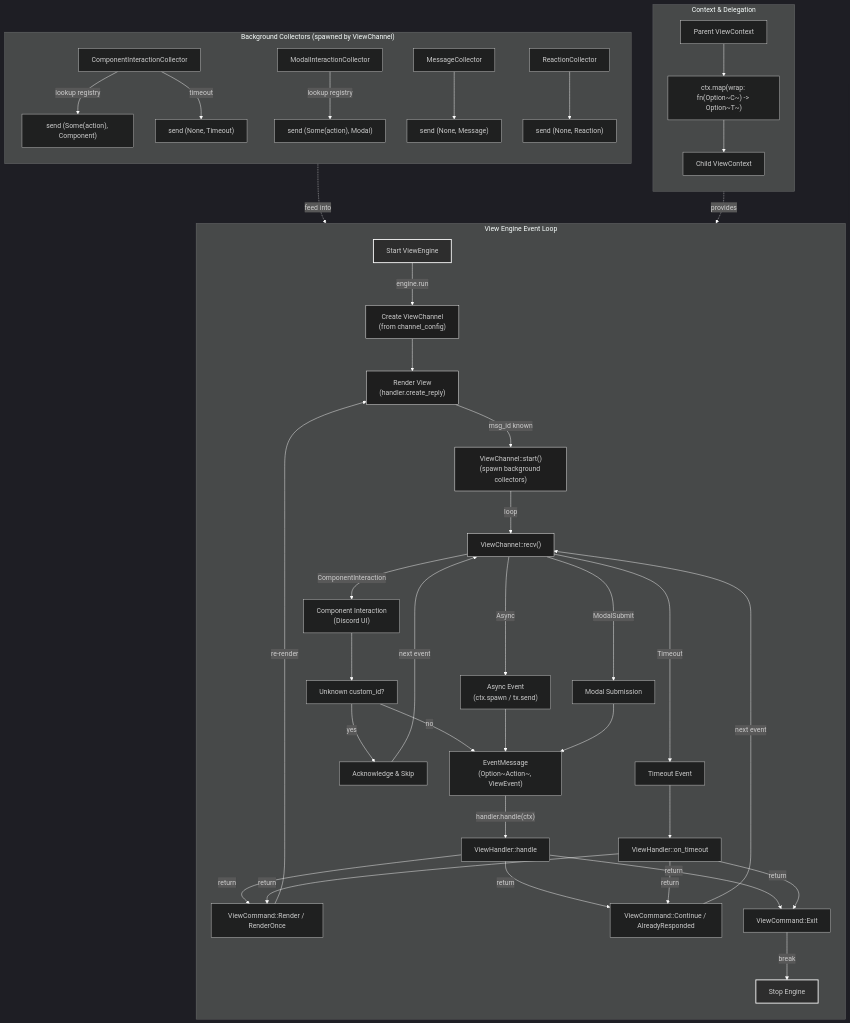
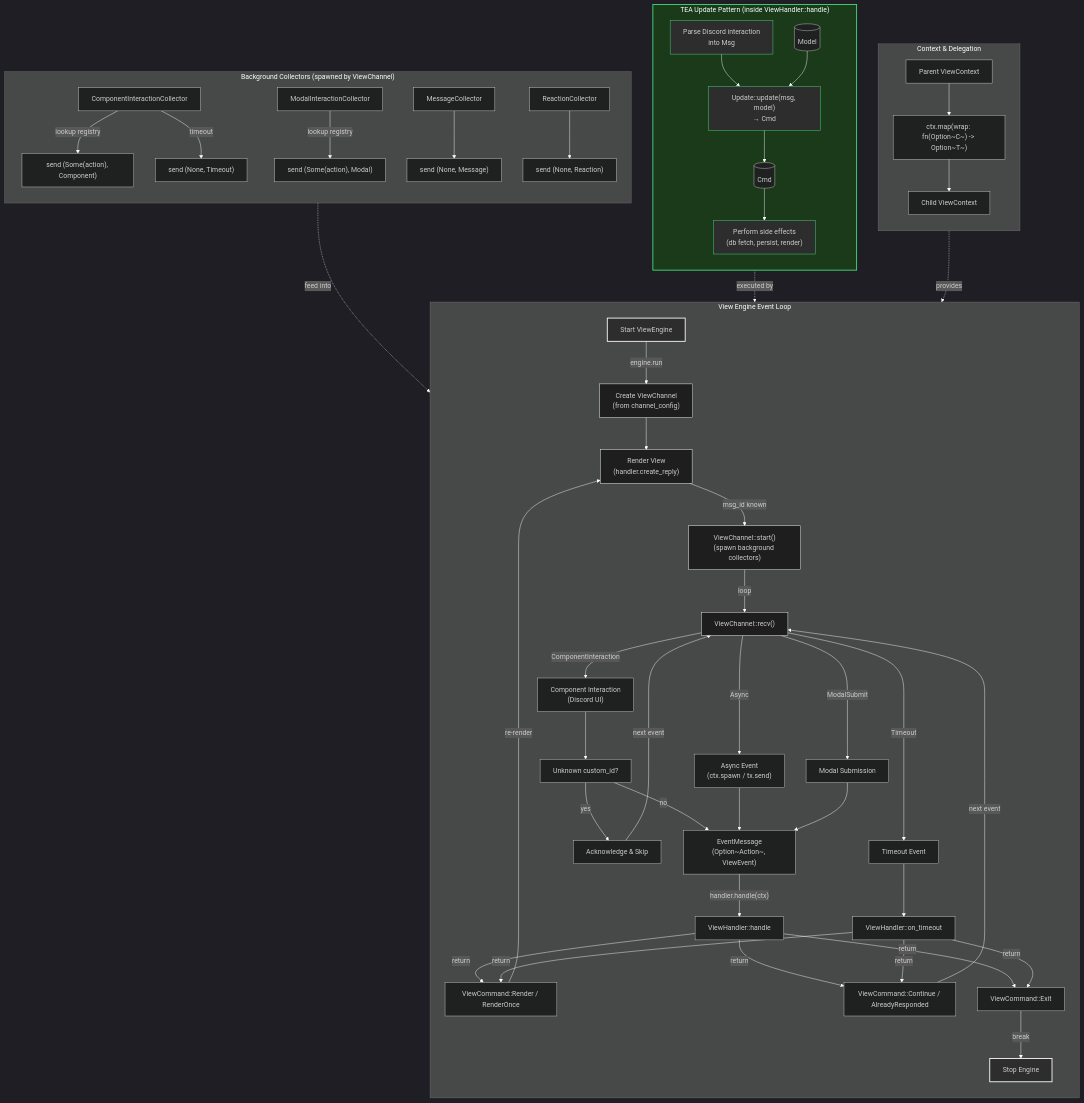
The diagram in docs/diagrams/view-lifecycle.mmd (FAZuH/pwr-bot), drawn with Mermaid before and after one commit. The commit also changed 9 other files, not shown here.

```diff
--- a/docs/diagrams/view-lifecycle.mmd
+++ b/docs/diagrams/view-lifecycle.mmd
@@ -1,103 +1,123 @@
 %%{init: {
   'theme': 'dark',
   'themeVariables': {
     'primaryColor': '#1e1e1e',
     'primaryTextColor': '#ffffff',
     'primaryBorderColor': '#ffffff',
     'lineColor': '#ffffff',
     'secondaryColor': '#2d2d2d',
     'tertiaryColor': '#1e1e1e',
     'noteBkgColor': '#2d2d2d',
     'noteTextColor': '#ffffff',
     'noteBorderColor': '#ffffff'
   }
 }}%%
 graph TB
     subgraph ViewEngineLoop["View Engine Event Loop"]
         direction TB
         
         Start["Start ViewEngine"]
         CreateChannel["Create ViewChannel<br/>(from channel_config)"]
         Render["Render View<br/>(handler.create_reply)"]
         StartCollectors["ViewChannel::start()<br/>(spawn background collectors)"]
         Recv["ViewChannel::recv()"]
         
         Component["Component Interaction<br/>(Discord UI)"]
         Async["Async Event<br/>(ctx.spawn / tx.send)"]
         Modal["Modal Submission"]
         Timeout["Timeout Event"]
         
         Unknown["Unknown custom_id?"]
         Skip["Acknowledge & Skip"]
         
         EventMsg["EventMessage<br/>(Option~Action~, ViewEvent)"]
         Handle["ViewHandler::handle"]
         HandleTimeout["ViewHandler::on_timeout"]
         
         CmdRender["ViewCommand::Render / RenderOnce"]
         CmdContinue["ViewCommand::Continue / AlreadyResponded"]
         CmdExit["ViewCommand::Exit"]
         
         Start -->|engine.run| CreateChannel
         CreateChannel --> Render
         Render -->|msg_id known| StartCollectors
         StartCollectors -->|loop| Recv
         
         Recv -->|ComponentInteraction| Component
         Recv -->|Async| Async
         Recv -->|ModalSubmit| Modal
         Recv -->|Timeout| Timeout
         
         Component --> Unknown
         Unknown -->|yes| Skip
         Unknown -->|no| EventMsg
         Async & Modal --> EventMsg
         Timeout --> HandleTimeout
         
         EventMsg -->|"handler.handle(ctx)"| Handle
         
         Handle & HandleTimeout -->|return| CmdRender
         Handle & HandleTimeout -->|return| CmdContinue
         Handle & HandleTimeout -->|return| CmdExit
         
         Skip -->|next event| Recv
         CmdContinue -->|next event| Recv
         CmdRender -->|re-render| Render
         CmdExit -->|break| Stop[Stop Engine]
     end
     
     subgraph Collectors["Background Collectors (spawned by ViewChannel)"]
         direction TB
         CompCollector["ComponentInteractionCollector"]
         ModalCollector["ModalInteractionCollector"]
         MsgCollector["MessageCollector"]
         ReactCollector["ReactionCollector"]
         
         CompCollector -->|lookup registry| CompSend["send (Some(action), Component)"]
         ModalCollector -->|lookup registry| ModalSend["send (Some(action), Modal)"]
         MsgCollector --> MsgSend["send (None, Message)"]
         ReactCollector --> ReactSend["send (None, Reaction)"]
         
         CompCollector -->|timeout| TimeoutSend["send (None, Timeout)"]
     end
     
     Collectors -.->|feed into| Recv
     
+    subgraph TEAPattern["TEA Update Pattern (inside ViewHandler::handle)"]
+        direction TB
+        Parse["Parse Discord interaction<br/>into Msg"]
+        Update["Update::update(msg, model)<br/>→ Cmd"]
+        Model[(Model)]
+        Cmd[(Cmd)]
+        SideEffects["Perform side effects<br/>(db fetch, persist, render)"]
+        
+        Parse --> Update
+        Model --> Update
+        Update --> Cmd
+        Cmd --> SideEffects
+    end
+    
+    TEAPattern -.->|executed by| Handle
+    
     subgraph Mapping["Context & Delegation"]
         direction TB
         ParentCtx["Parent ViewContext"]
         Map["ctx.map(wrap: fn(Option~C~) -> Option~T~)"]
         ChildCtx["Child ViewContext"]
         
         ParentCtx --> Map
         Map --> ChildCtx
     end
     
     Mapping -.->|provides| Handle
     
     style Start fill:#2d2d2d,stroke:#ffffff,stroke-width:2px
     style Stop fill:#2d2d2d,stroke:#ffffff,stroke-width:2px
     style Render fill:#1e1e1e,stroke:#ffffff
     style Recv fill:#1e1e1e,stroke:#ffffff
     style CreateChannel fill:#1e1e1e,stroke:#ffffff
     style StartCollectors fill:#1e1e1e,stroke:#ffffff
+    style TEAPattern fill:#1a3a1a,stroke:#4ade80,stroke-width:2px
+    style Parse fill:#2d2d2d,stroke:#4ade80
+    style Update fill:#2d2d2d,stroke:#4ade80
+    style SideEffects fill:#2d2d2d,stroke:#4ade80
```
